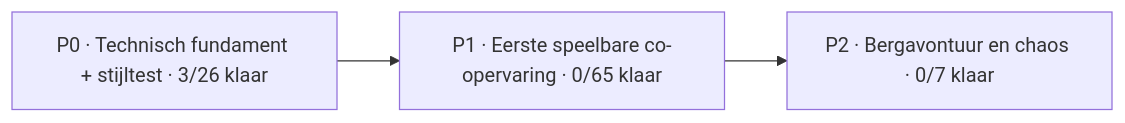
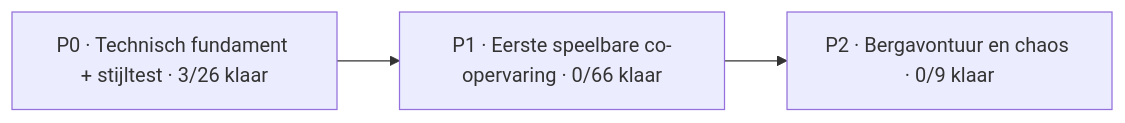
One commit to mlemson/conductor-chaos changed the diagram in Docs/PROJECT_BOARD.md. Above: the diagram before and after it, drawn with Mermaid. The commit also changed other lines of this file, not shown here.

````diff
--- a/Docs/PROJECT_BOARD.md
+++ b/Docs/PROJECT_BOARD.md
@@ -13,7 +13,7 @@
 ```mermaid
 flowchart LR
     P0["P0 · Technisch fundament + stijltest · 3/26 klaar"]
-    P1["P1 · Eerste speelbare co-opervaring · 0/65 klaar"]
-    P2["P2 · Bergavontuur en chaos · 0/7 klaar"]
+    P1["P1 · Eerste speelbare co-opervaring · 0/66 klaar"]
+    P2["P2 · Bergavontuur en chaos · 0/9 klaar"]
     P0 --> P1 --> P2
 ```
````
